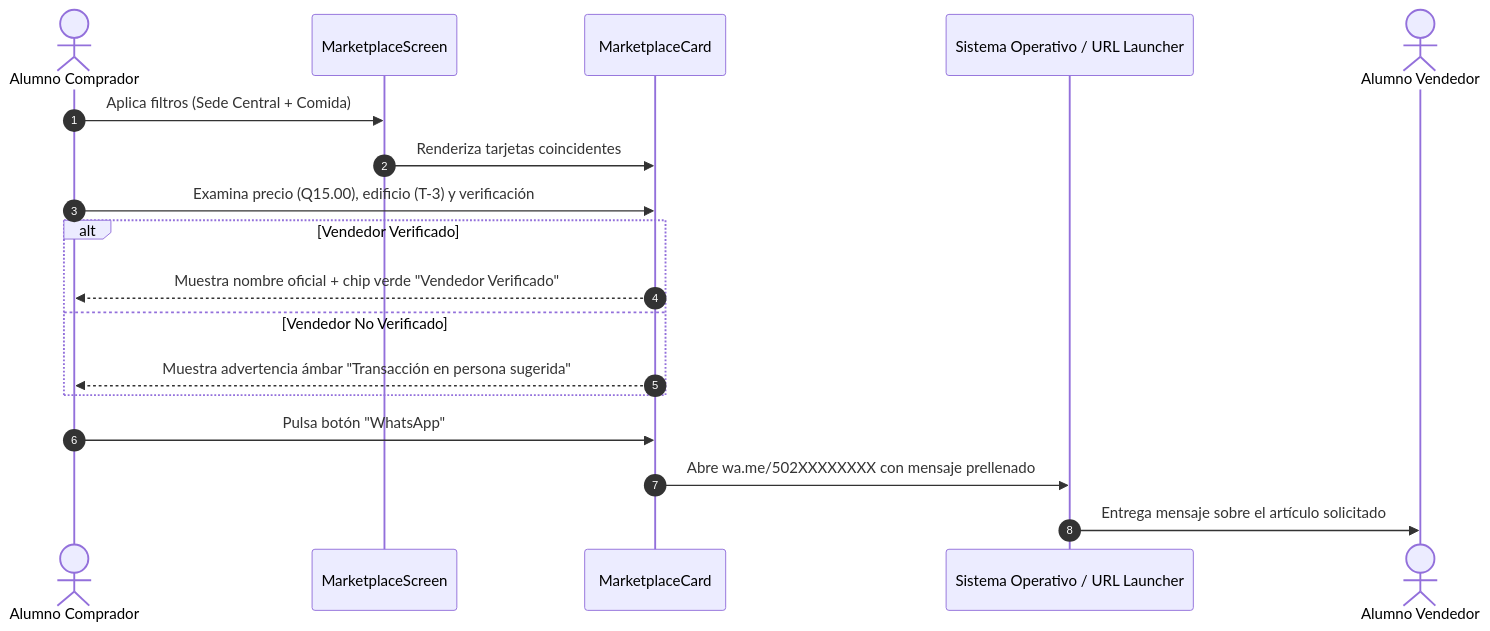
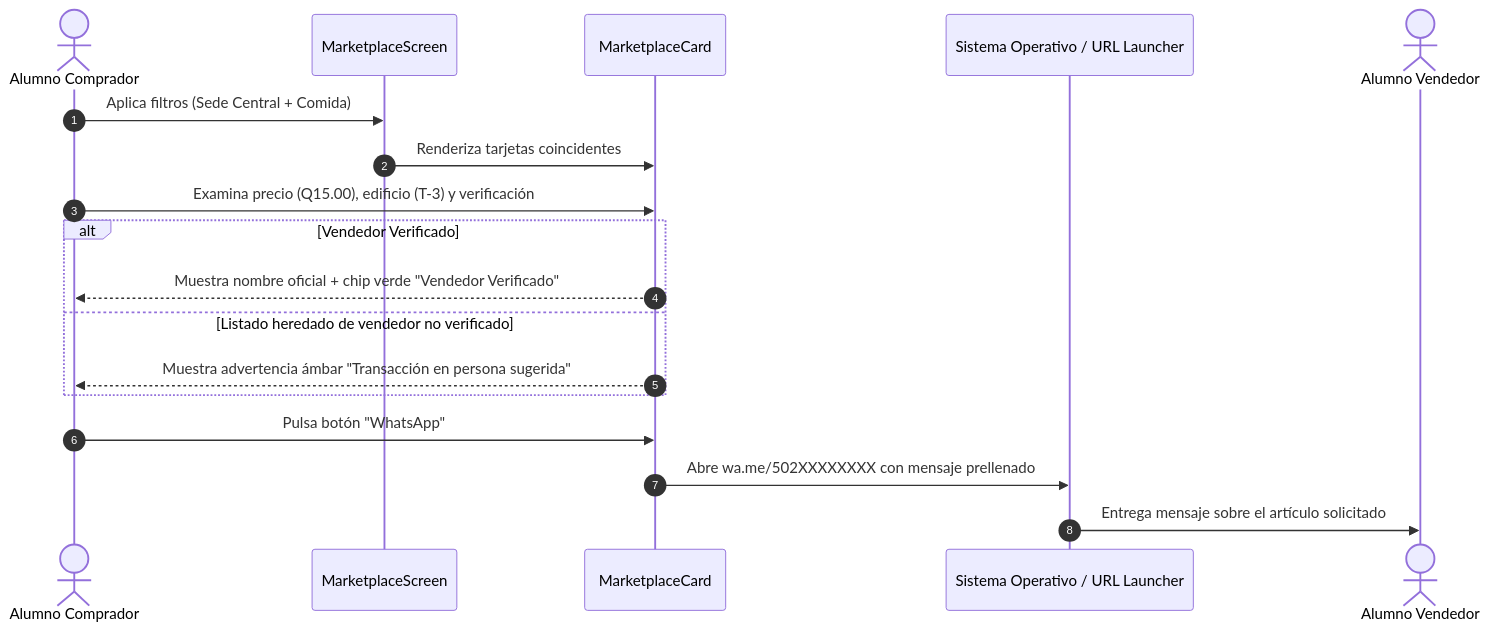
One commit to Trebol4Devop/Comunidad_USAC changed the first of 4 diagrams in docs/ux/04-marketplace.md. Above: the diagram before and after it, drawn with Mermaid. The commit also changed other lines of this file and 6 other files, not shown here.

````diff
--- a/docs/ux/04-marketplace.md
+++ b/docs/ux/04-marketplace.md
@@ -493,21 +532,21 @@
 ```mermaid
 sequenceDiagram
     autonumber
     actor Comprador as Alumno Comprador
     participant App as MarketplaceScreen
     participant Card as MarketplaceCard
     participant OS as Sistema Operativo / URL Launcher
     actor Vendedor as Alumno Vendedor
 
     Comprador->>App: Aplica filtros (Sede Central + Comida)
     App->>Card: Renderiza tarjetas coincidentes
     Comprador->>Card: Examina precio (Q15.00), edificio (T-3) y verificación
     alt Vendedor Verificado
         Card-->>Comprador: Muestra nombre oficial + chip verde "Vendedor Verificado"
-    else Vendedor No Verificado
+    else Listado heredado de vendedor no verificado
         Card-->>Comprador: Muestra advertencia ámbar "Transacción en persona sugerida"
     end
     Comprador->>Card: Pulsa botón "WhatsApp"
     Card->>OS: Abre wa.me/502XXXXXXXX con mensaje prellenado
     OS->>Vendedor: Entrega mensaje sobre el artículo solicitado
 ```
````
